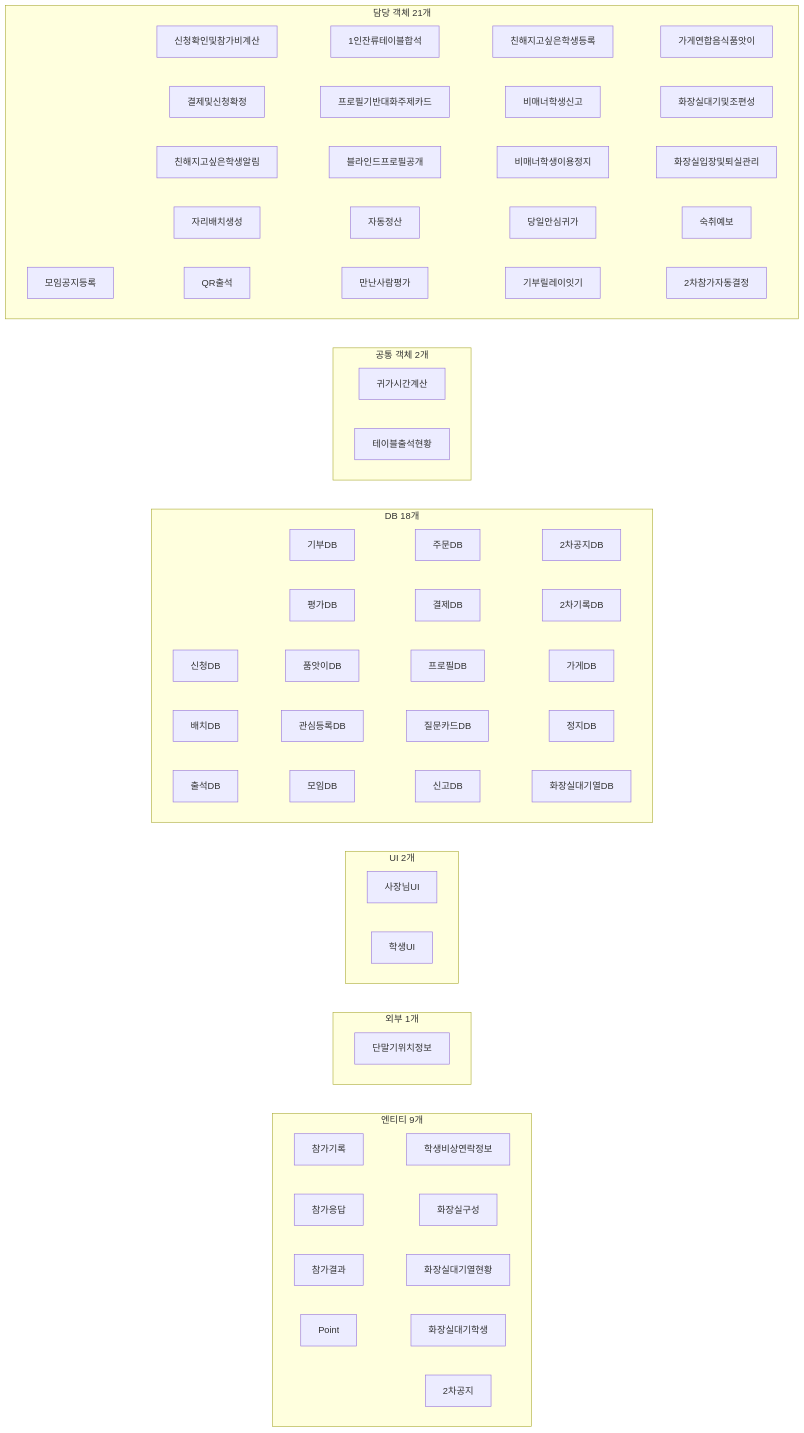
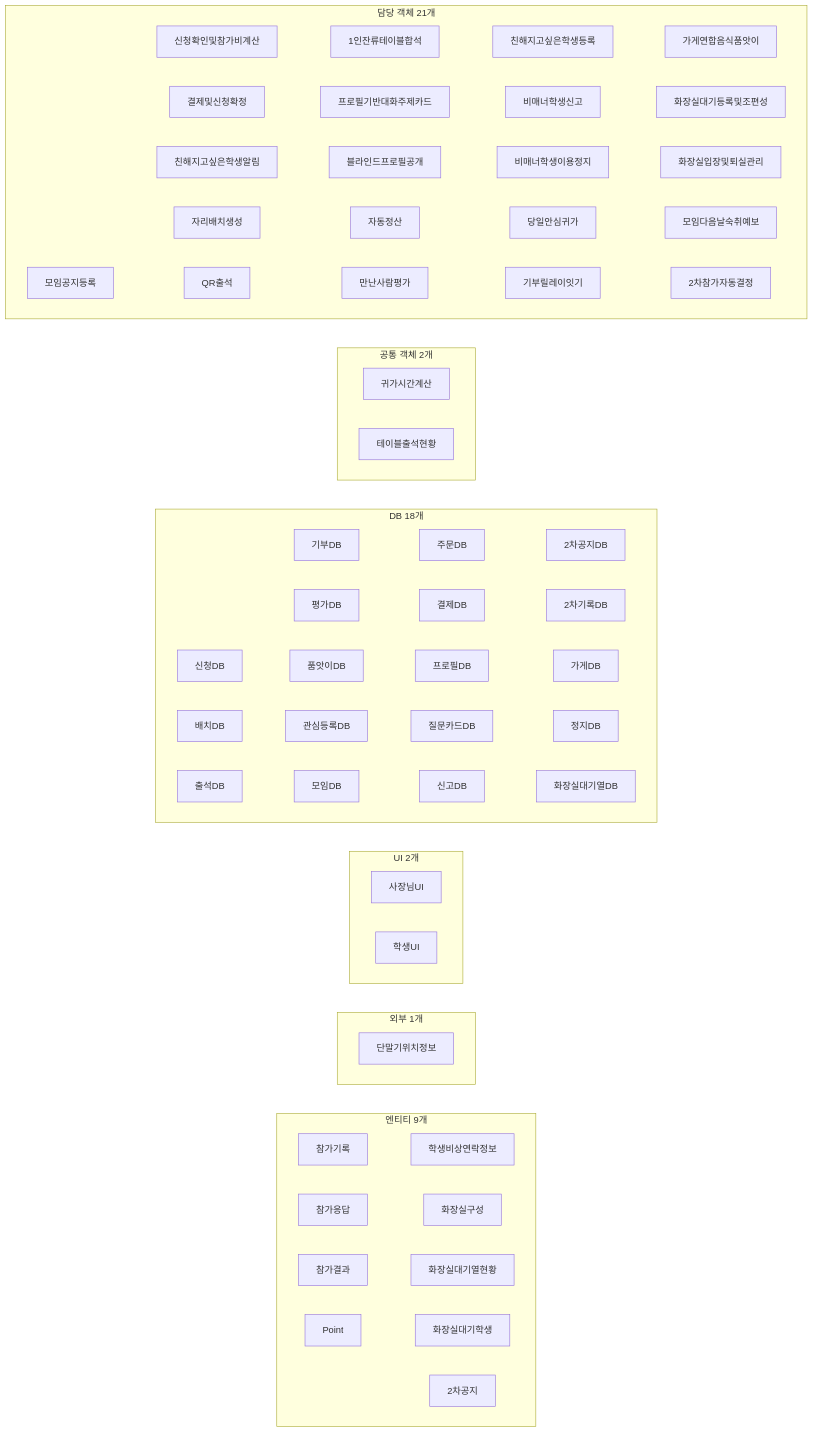
The first of 14 diagrams in class-diagram/class-diagram.md (hojae3/sw-engineering-16), drawn with Mermaid before and after one commit. The commit also changed other lines of this file and 42 other files, not shown here.

```diff
--- a/class-diagram/class-diagram.md
+++ b/class-diagram/class-diagram.md
@@ -98,9 +98,9 @@
         SafeReturnHome["당일안심귀가"]
         DonationRelay["기부릴레이잇기"]
         StoreFoodExchange["가게연합음식품앗이"]
-        ToiletWaitAndGroup["화장실대기및조편성"]
+        ToiletWaitAndGroup["화장실대기등록및조편성"]
         ToiletEntryExitManagement["화장실입장및퇴실관리"]
-        HangoverForecast["숙취예보"]
+        HangoverForecast["모임다음날숙취예보"]
         SecondRoundAutoDecision["2차참가자동결정"]
         MeetingNoticeRegistration ~~~ QRAttendance
         ApplicationCheckAndFeeCalc ~~~ SinglePersonTableMerge
```
